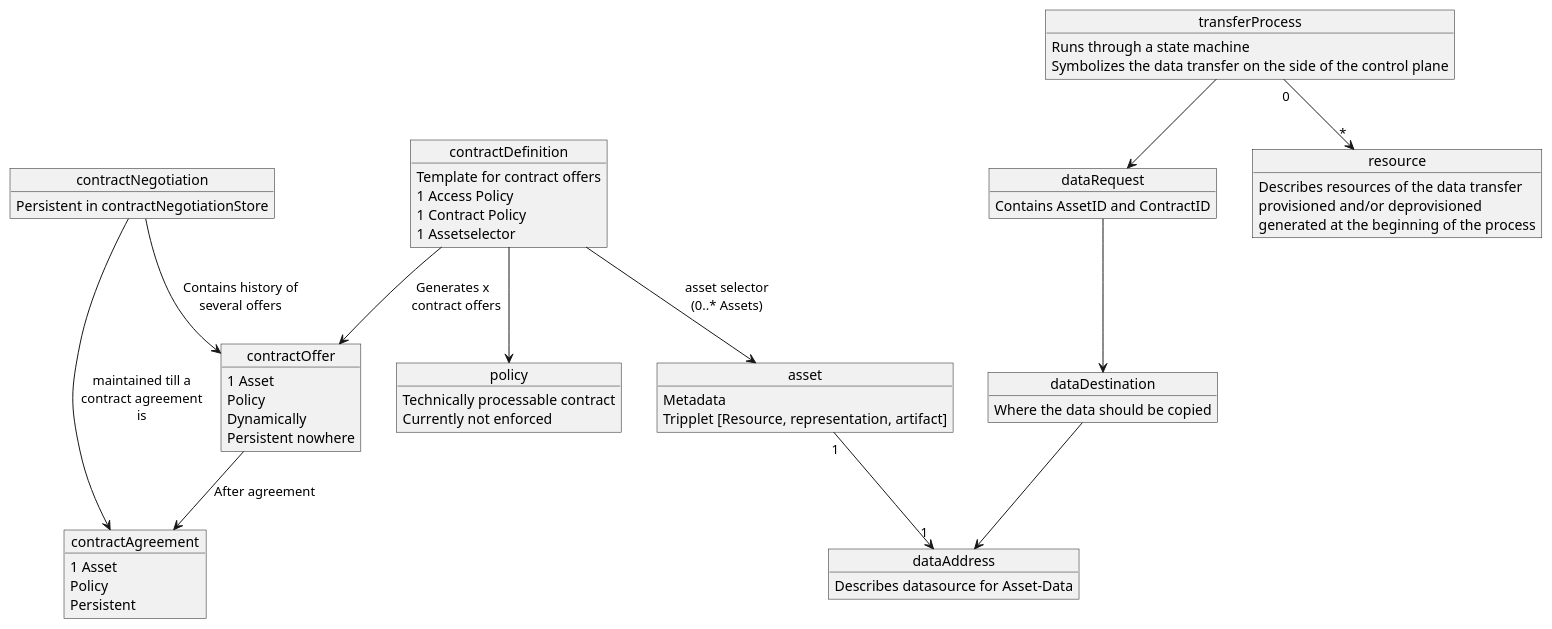
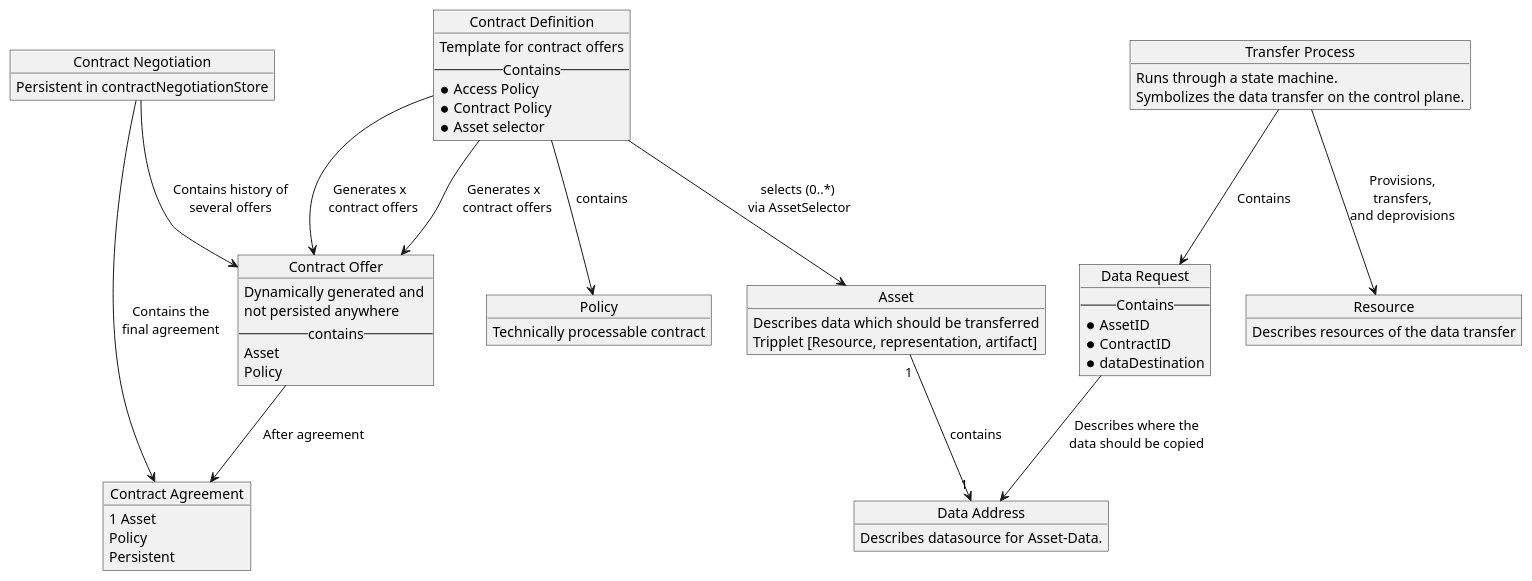
One commit to eclipse-edc/Connector changed the diagram in docs/diagrams/domain-model.puml. Above: the diagram before and after it, drawn with PlantUML. The commit also changed 1 other file, not shown here.

Commit message:
Docs: Modify Domain Model Diagram

```diff
--- a/docs/diagrams/domain-model.puml
+++ b/docs/diagrams/domain-model.puml
@@ -1,81 +1,78 @@
 @startuml
 'https://plantuml.com/object-diagram
 
 skinParam NoteBackgroundColor WhiteSmoke
 skinParam NoteFontColor Black
 skinParam ParticipantBackgroundColor WhiteSmoke
 skinParam ActorBackgroundColor WhiteSmoke
 skinParam AgentBackgroundColor White
 skinParam AgentBorderColor SkyBlue
 skinparam shadowing false
 
-object policy {
+object "Policy" as policy {
   Technically processable contract
-  Currently not enforced
 }
 
-object contractOffer{
-   1 Asset
+object "Contract Offer" as contract_offer{
+   Dynamically generated and \nnot persisted anywhere
+   --contains--
+   Asset
    Policy
-   Dynamically
-   Persistent nowhere
 }
 
-object contractNegotiation{
+object "Contract Negotiation" as contractNegotiation{
     Persistent in contractNegotiationStore
 }
 
-object contractAgreement{
+object "Contract Agreement" as contractAgreement{
     1 Asset
     Policy
     Persistent
 }
 
-object resource{
+object "Resource" as resource{
     Describes resources of the data transfer
-    provisioned and/or deprovisioned
-    generated at the beginning of the process
 }
 
-object asset{
-    Metadata
+object "Asset" as asset{
+    Describes data which should be transferred
     Tripplet [Resource, representation, artifact]
 }
 
-object contractDefinition{
+object "Contract Definition" as contractDefinition{
     Template for contract offers
-    1 Access Policy
-    1 Contract Policy
-    1 Assetselector
+    --Contains--
+    * Access Policy
+    * Contract Policy
+    * Asset selector
 }
 
-object dataAddress{
-    Describes datasource for Asset-Data
+object "Data Address" as dataAddress{
+    Describes datasource for Asset-Data.
 }
 
-object dataDestination{
-    Where the data should be copied
+object "Data Request" as dataRequest{
+    -- Contains --
+    * AssetID
+    * ContractID
+    * dataDestination
 }
 
-object dataRequest{
-    Contains AssetID and ContractID
+object "Transfer Process" as transferProcess{
+    Runs through a state machine.
+    Symbolizes the data transfer on the control plane.
 }
 
-object transferProcess{
-    Runs through a state machine
-    Symbolizes the data transfer on the side of the control plane
-}
-
-contractDefinition --> policy
-contractDefinition --> asset: asset selector\n(0..* Assets)
-contractDefinition --> contractOffer: Generates x \n contract offers
-asset "1" --> "1" dataAddress
-contractNegotiation --> contractOffer: Contains history of\nseveral offers
-contractNegotiation --> contractAgreement: maintained till a\ncontract agreement\nis
-contractOffer --> contractAgreement: After agreement
-transferProcess "0" --> "*" resource
-transferProcess --> dataRequest
-dataRequest --> dataDestination
-dataDestination --> dataAddress
+contractDefinition --> policy: contains
+contractDefinition --> asset: selects (0..*) \nvia AssetSelector
+contract_offer --> contractAgreement: After agreement
+asset "1" --> "1" dataAddress: contains
+contractDefinition --> contract_offer: Generates x \n contract offers
+contractNegotiation --> contractAgreement: Contains the\nfinal agreement
+contractDefinition --> contract_offer: Generates x \n contract offers
+transferProcess --> resource: Provisions,\ntransfers,\nand deprovisions
+transferProcess --> dataRequest: Contains
+dataRequest --> dataAddress: Describes where the\ndata should be copied
+contractNegotiation --> contract_offer: Contains history of\nseveral offers
 
 @enduml
```
